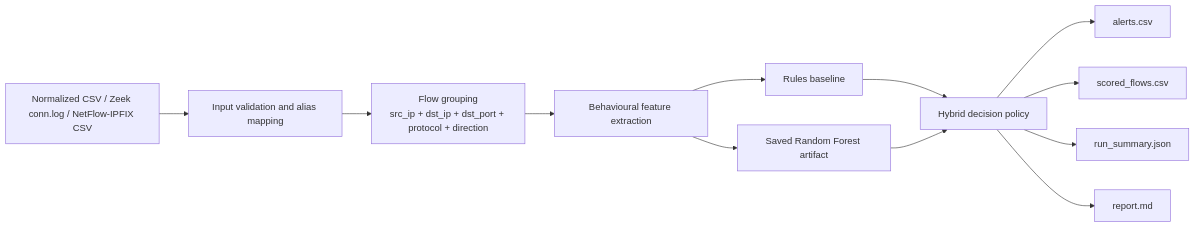
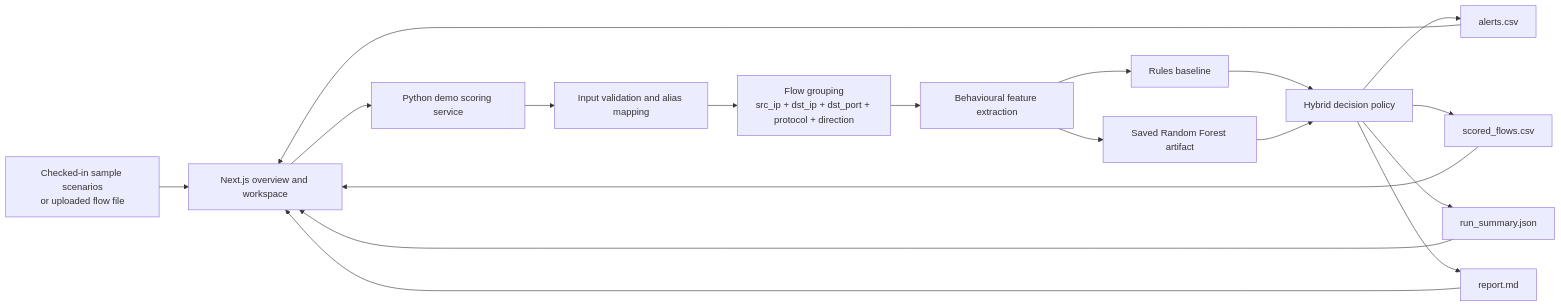
Before and after one commit to jarems421/Beaconing-detection-system: the diagram in README.md, drawn with Mermaid. The commit also changed other lines of this file and 15 other files, not shown here.

````diff
--- a/README.md
+++ b/README.md
@@ -40,14 +50,20 @@
 ```mermaid
 flowchart LR
-    A[Normalized CSV / Zeek conn.log / NetFlow-IPFIX CSV] --> B[Input validation and alias mapping]
-    B --> C[Flow grouping<br/>src_ip + dst_ip + dst_port + protocol + direction]
-    C --> D[Behavioural feature extraction]
-    D --> E1[Rules baseline]
-    D --> E2[Saved Random Forest artifact]
-    E1 --> F[Hybrid decision policy]
-    E2 --> F
-    F --> G[alerts.csv]
-    F --> H[scored_flows.csv]
-    F --> I[run_summary.json]
-    F --> J[report.md]
+    A[Checked-in sample scenarios<br/>or uploaded flow file] --> B[Next.js overview and workspace]
+    B --> C[Python demo scoring service]
+    C --> D[Input validation and alias mapping]
+    D --> E[Flow grouping<br/>src_ip + dst_ip + dst_port + protocol + direction]
+    E --> F[Behavioural feature extraction]
+    F --> G1[Rules baseline]
+    F --> G2[Saved Random Forest artifact]
+    G1 --> H[Hybrid decision policy]
+    G2 --> H
+    H --> I[alerts.csv]
+    H --> J[scored_flows.csv]
+    H --> K[run_summary.json]
+    H --> L[report.md]
+    I --> B
+    J --> B
+    K --> B
+    L --> B
 ```
````
